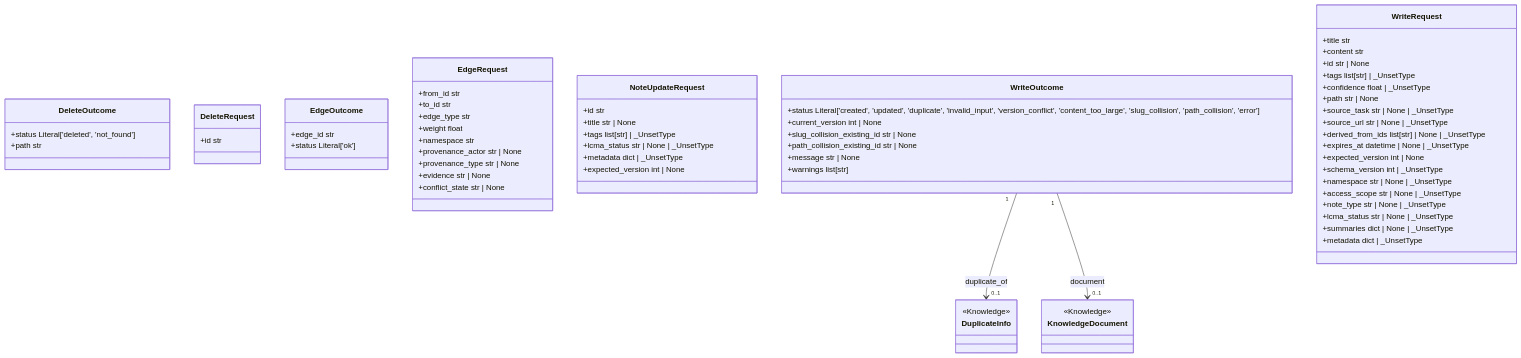
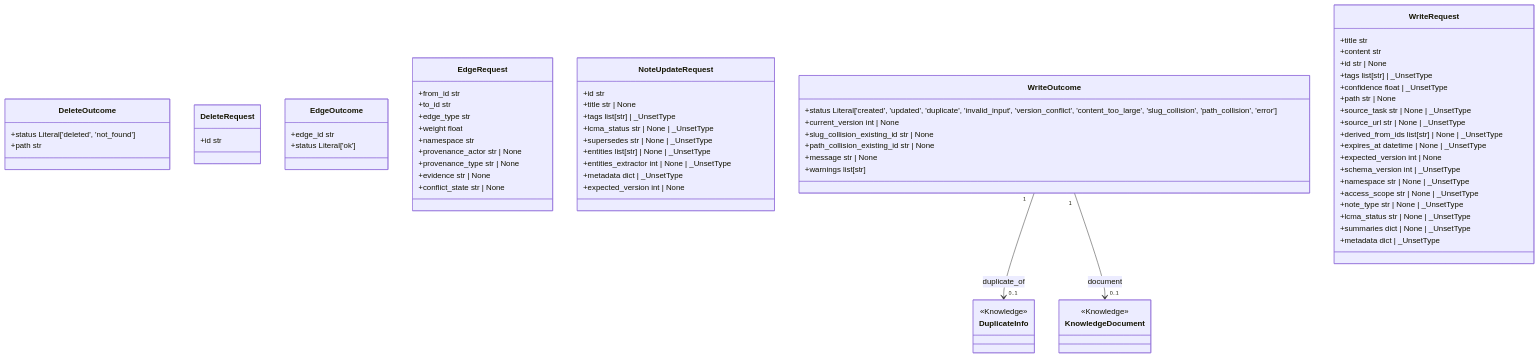
The fifth of 8 diagrams in docs/generated/domain_model.md (agent-lore/lithos), drawn with Mermaid before and after one commit. The commit also changed 12 other files, not shown here.

````diff
--- a/docs/generated/domain_model.md
+++ b/docs/generated/domain_model.md
@@ -151,67 +151,70 @@
 ```mermaid
 classDiagram
   class DeleteOutcome {
     +status Literal['deleted', 'not_found']
     +path str
   }
   class DeleteRequest {
     +id str
   }
   class EdgeOutcome {
     +edge_id str
     +status Literal['ok']
   }
   class EdgeRequest {
     +from_id str
     +to_id str
     +edge_type str
     +weight float
     +namespace str
     +provenance_actor str | None
     +provenance_type str | None
     +evidence str | None
     +conflict_state str | None
   }
   class NoteUpdateRequest {
     +id str
     +title str | None
     +tags list[str] | _UnsetType
     +lcma_status str | None | _UnsetType
+    +supersedes str | None | _UnsetType
+    +entities list[str] | None | _UnsetType
+    +entities_extractor int | None | _UnsetType
     +metadata dict | _UnsetType
     +expected_version int | None
   }
   class WriteOutcome {
     +status Literal['created', 'updated', 'duplicate', 'invalid_input', 'version_conflict', 'content_too_large', 'slug_collision', 'path_collision', 'error']
     +current_version int | None
     +slug_collision_existing_id str | None
     +path_collision_existing_id str | None
     +message str | None
     +warnings list[str]
   }
   class WriteRequest {
     +title str
     +content str
     +id str | None
     +tags list[str] | _UnsetType
     +confidence float | _UnsetType
     +path str | None
     +source_task str | None | _UnsetType
     +source_url str | None | _UnsetType
     +derived_from_ids list[str] | None | _UnsetType
     +expires_at datetime | None | _UnsetType
     +expected_version int | None
     +schema_version int | _UnsetType
     +namespace str | None | _UnsetType
     +access_scope str | None | _UnsetType
     +note_type str | None | _UnsetType
     +lcma_status str | None | _UnsetType
     +summaries dict | None | _UnsetType
     +metadata dict | _UnsetType
   }
   class DuplicateInfo
   <<Knowledge>> DuplicateInfo
   class KnowledgeDocument
   <<Knowledge>> KnowledgeDocument
   WriteOutcome "1" --> "0..1" DuplicateInfo : duplicate_of
   WriteOutcome "1" --> "0..1" KnowledgeDocument : document
 ```
````
